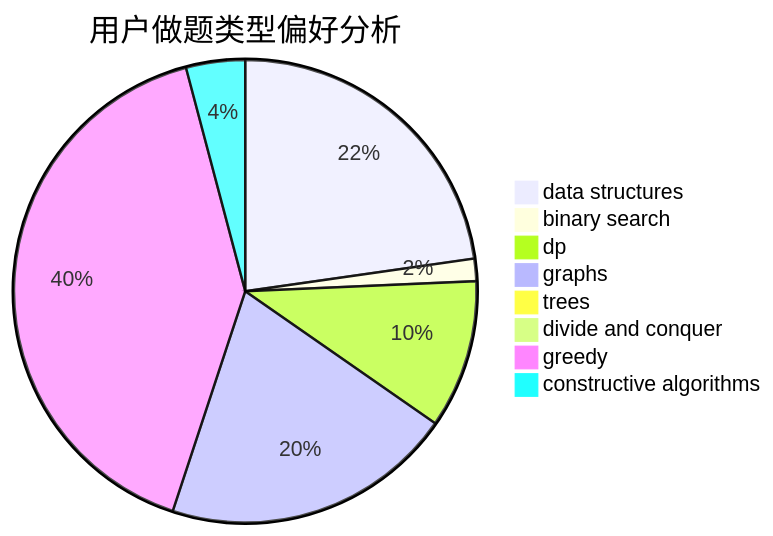
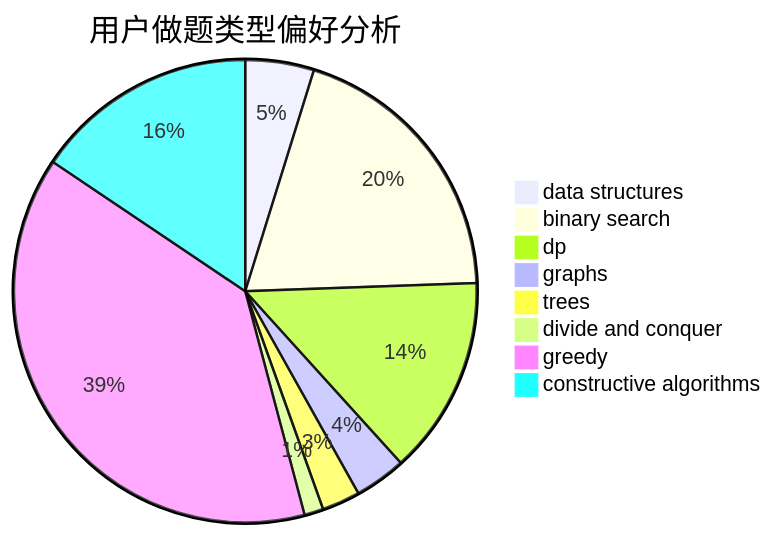
The second of 3 diagrams in docs/user/u1989.md (sherpahu/cfrs.github.io), drawn with Mermaid before and after one commit. The commit also changed other lines of this file and 2770 other files, not shown here.

````diff
--- a/docs/user/u1989.md
+++ b/docs/user/u1989.md
@@ -23,11 +23,11 @@
 ```mermaid
 pie title 用户做题类型偏好分析
-    "data structures" :  204
-    "binary search" :  14
-    "dp" :  93
-    "graphs" :  183
-    "trees" :  4
-    "divide and conquer" :  8
-    "greedy" :  366
-    "constructive algorithms" :  37
+    "data structures" :  72
+    "binary search" :  295
+    "dp" :  208
+    "graphs" :  54
+    "trees" :  40
+    "divide and conquer" :  20
+    "greedy" :  579
+    "constructive algorithms" :  234
 ```
````
